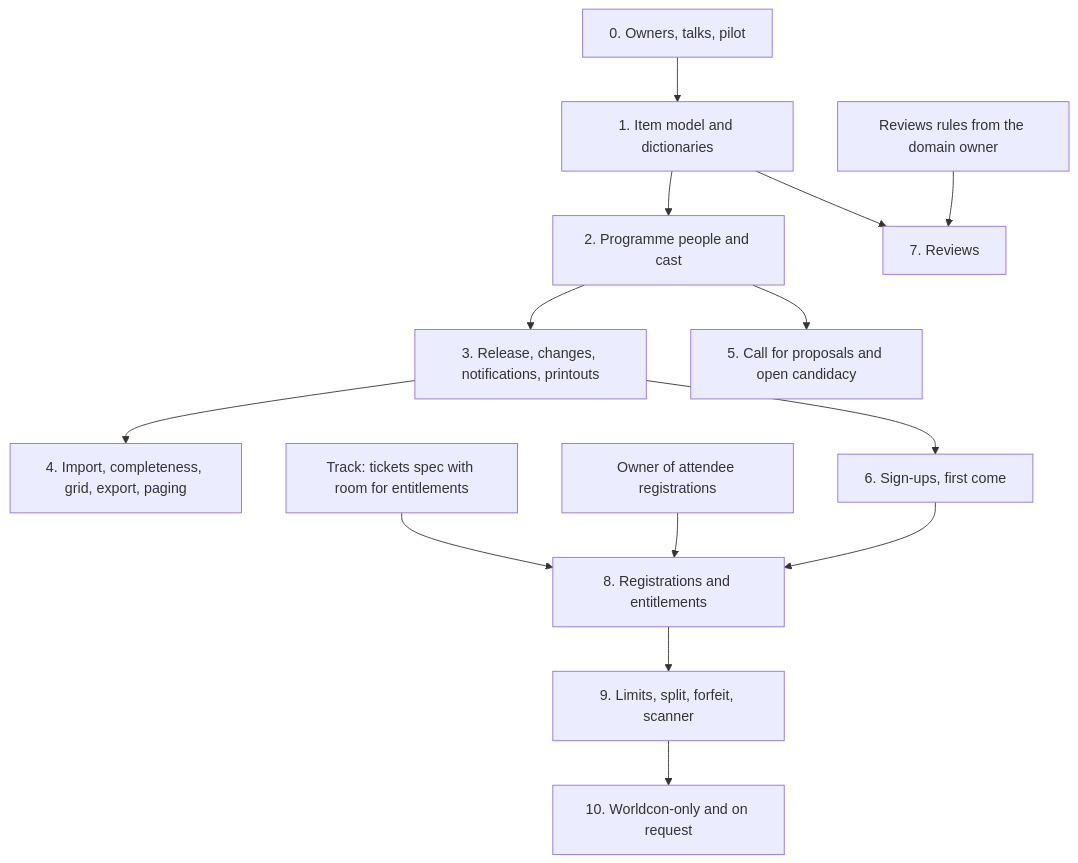
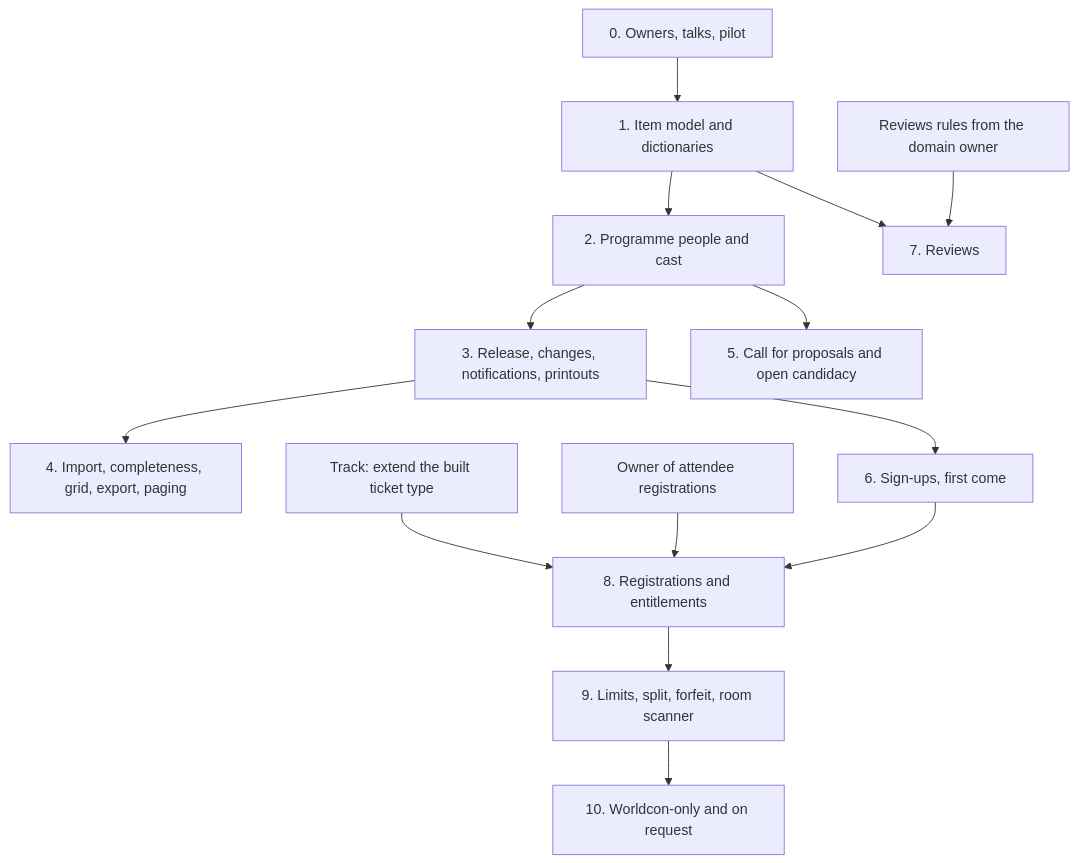
Before and after one commit to opos-land/opos: the fourth of 4 diagrams in docs/briefs/0004-programme-across-convention-scales.md, drawn with Mermaid. The commit also changed other lines of this file and 4 other files, not shown here.

````diff
--- a/docs/briefs/0004-programme-across-convention-scales.md
+++ b/docs/briefs/0004-programme-across-convention-scales.md
@@ -1002,16 +1097,16 @@
 ```mermaid
 flowchart TD
     S0["0. Owners, talks, pilot"] --> S1["1. Item model and dictionaries"]
     S1 --> S2["2. Programme people and cast"]
     S2 --> S3["3. Release, changes, notifications, printouts"]
     S3 --> S4["4. Import, completeness, grid, export, paging"]
     S2 --> S5["5. Call for proposals and open candidacy"]
     S3 --> S6["6. Sign-ups, first come"]
     S1 --> S7["7. Reviews"]
     OR["Reviews rules from the domain owner"] --> S7
-    T["Track: tickets spec with room for entitlements"] --> S8["8. Registrations and entitlements"]
+    T["Track: extend the built ticket type"] --> S8["8. Registrations and entitlements"]
     OW["Owner of attendee registrations"] --> S8
     S6 --> S8
-    S8 --> S9["9. Limits, split, forfeit, scanner"]
+    S8 --> S9["9. Limits, split, forfeit, room scanner"]
     S9 --> S10["10. Worldcon-only and on request"]
 ```
````
